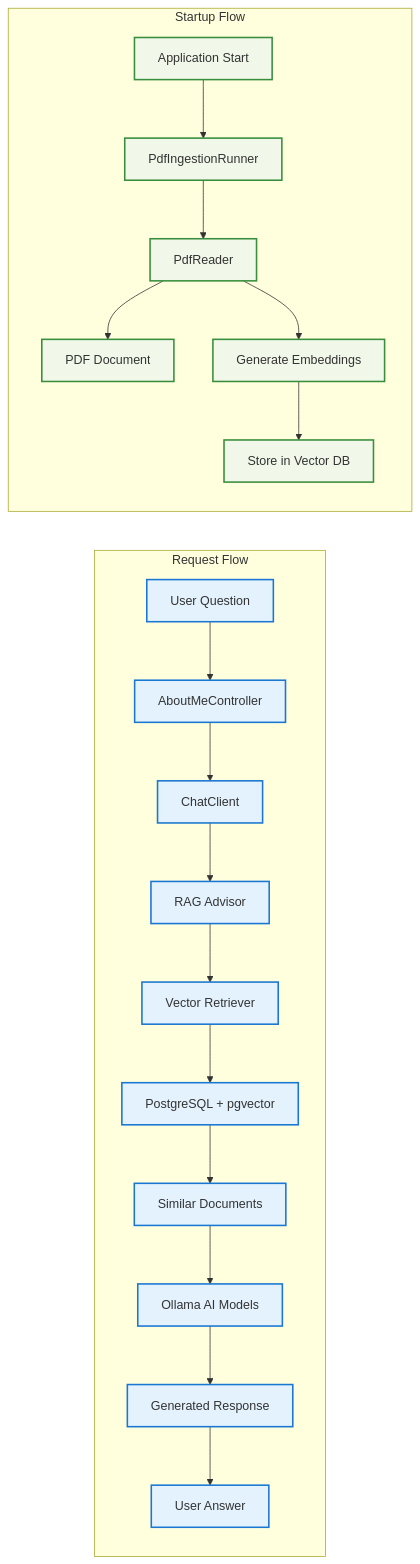
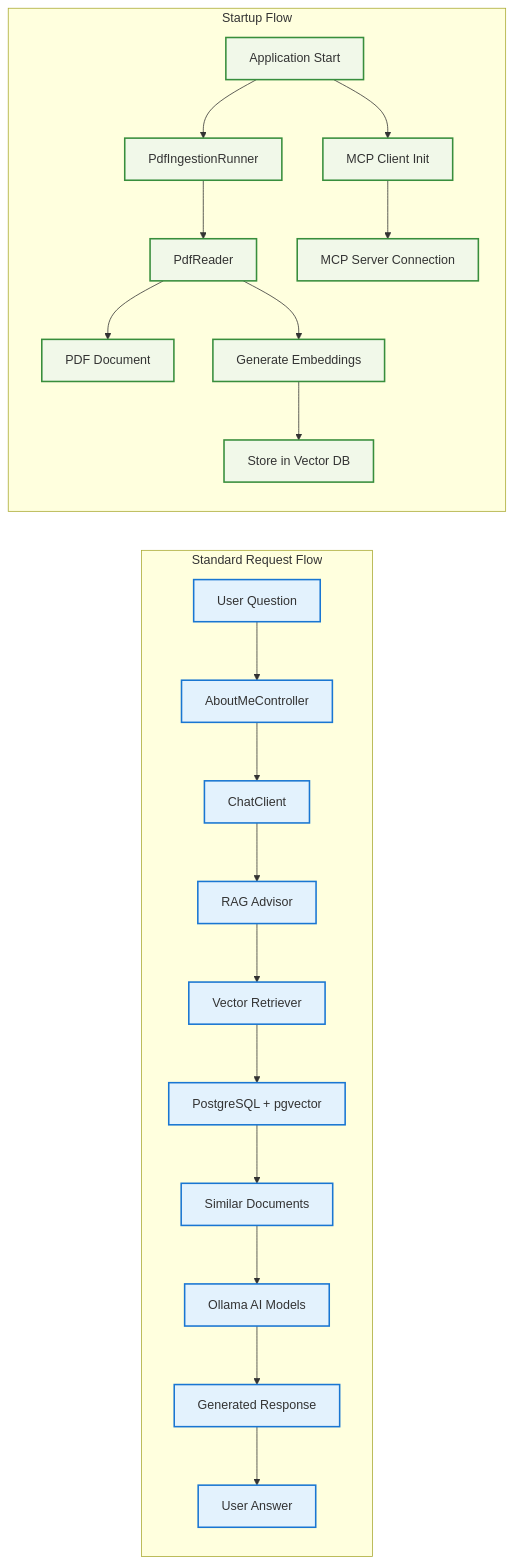
Before and after one commit to kyawswar87/about-me: the first of 2 diagrams in system-architecture.md, drawn with Mermaid. The commit also changed other lines of this file and 1 other file, not shown here.

Commit message:
update readme and system architecture generated by ai

````diff
--- a/system-architecture.md
+++ b/system-architecture.md
@@ -7,28 +9,31 @@
 ```mermaid
 graph LR
-    subgraph "Request Flow"
+    subgraph "Standard Request Flow"
         A[User Question] --> B[AboutMeController]
         B --> C[ChatClient]
         C --> D[RAG Advisor]
         D --> E[Vector Retriever]
         E --> F[PostgreSQL + pgvector]
         F --> G[Similar Documents]
         G --> H[Ollama AI Models]
         H --> I[Generated Response]
         I --> J[User Answer]
     end
 
     subgraph "Startup Flow"
-        K[Application Start] --> L[PdfIngestionRunner]
-        L --> M[PdfReader]
-        M --> N[PDF Document]
-        M --> O[Generate Embeddings]
-        O --> P[Store in Vector DB]
+        W[Application Start] --> X[PdfIngestionRunner]
+        X --> Y[PdfReader]
+        Y --> Z[PDF Document]
+        Y --> AA[Generate Embeddings]
+        AA --> BB[Store in Vector DB]
+        W --> CC[MCP Client Init]
+        CC --> DD[MCP Server Connection]
     end
 
     classDef request fill:#e3f2fd,stroke:#1976d2,stroke-width:2px
     classDef startup fill:#f1f8e9,stroke:#388e3c,stroke-width:2px
     
     class A,B,C,D,E,F,G,H,I,J request
-    class K,L,M,N,O,P startup
+    class K,L,M,N,O,P,Q,R,S,T,U,V email
+    class W,X,Y,Z,AA,BB,CC,DD startup
 ```
````
